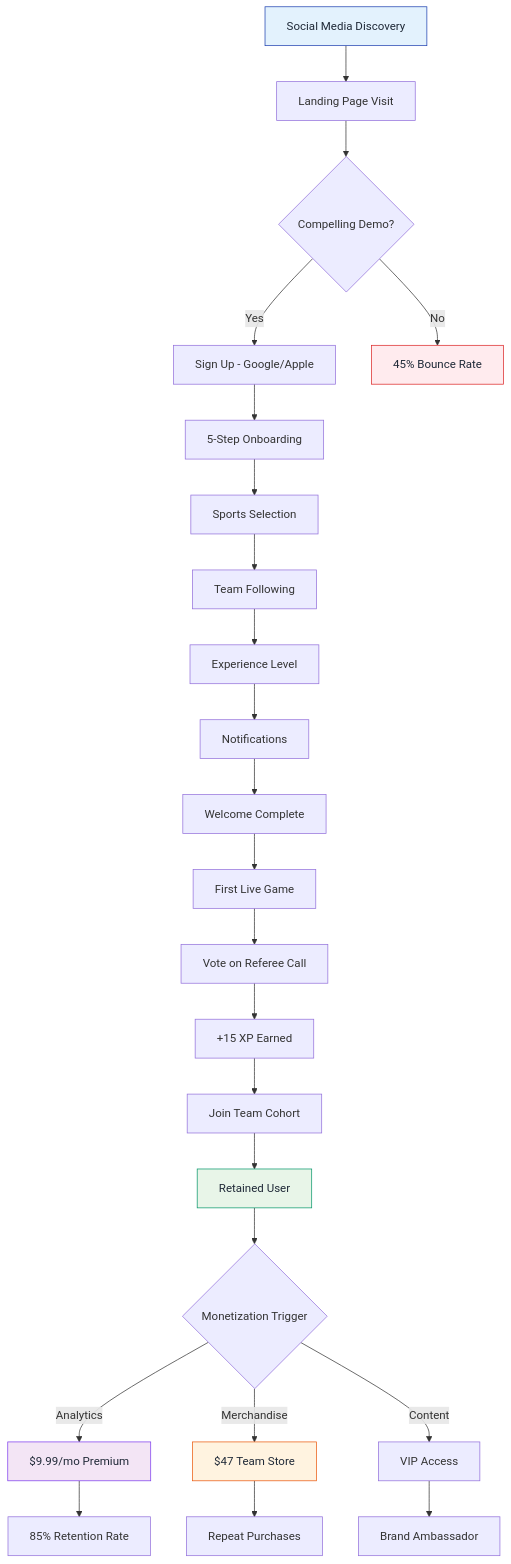
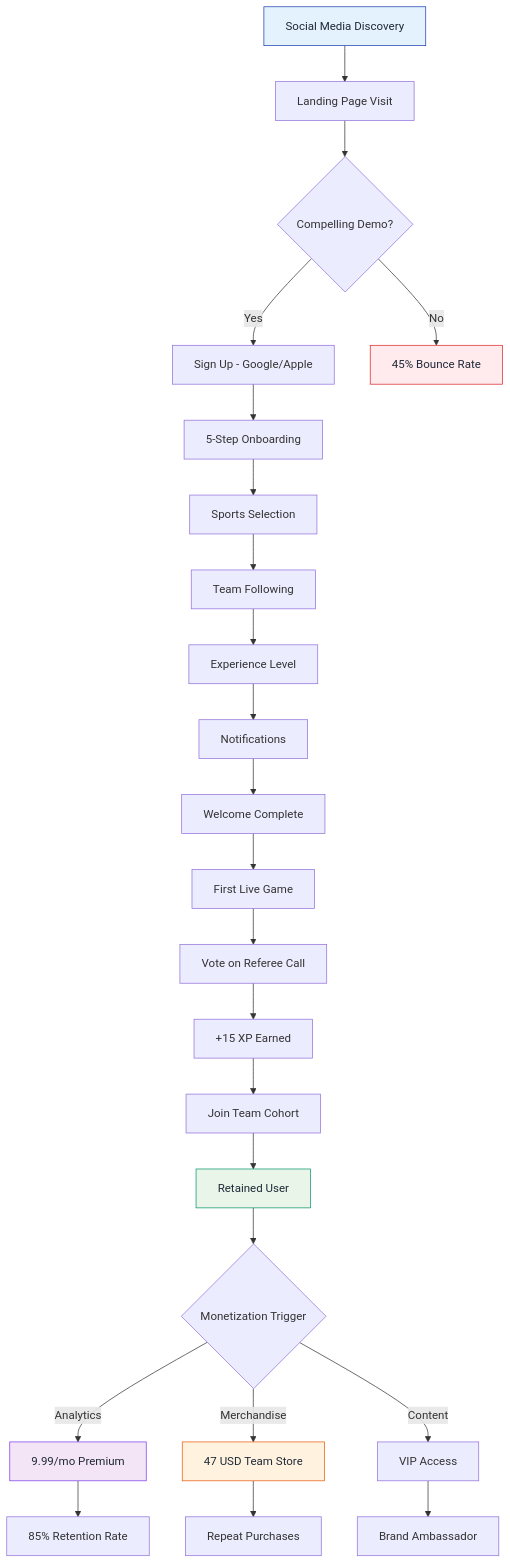
One commit to SkaFld-Ignite/ref-u-wireframes changed the first of 9 diagrams in docs/investor-flows.md. Above: the diagram before and after it, drawn with Mermaid. The commit also changed other lines of this file, not shown here.

Commit message:
FINAL FIX: Remove all dollar signs from Mermaid diagrams - completely resolve parse error

````diff
--- a/docs/investor-flows.md
+++ b/docs/investor-flows.md
@@ -13,35 +13,35 @@
 ```mermaid
 graph TD
     A[Social Media Discovery] --> B[Landing Page Visit]
     B --> C{Compelling Demo?}
     C -->|Yes| D[Sign Up - Google/Apple]
     C -->|No| X[45% Bounce Rate]
     
     D --> E[5-Step Onboarding]
     E --> F[Sports Selection]
     F --> G[Team Following]
     G --> H[Experience Level]
     H --> I[Notifications]
     I --> J[Welcome Complete]
     
     J --> K[First Live Game]
     K --> L[Vote on Referee Call]
     L --> M[+15 XP Earned]
     M --> N[Join Team Cohort]
     N --> O[Retained User]
     
     O --> P{Monetization Trigger}
-    P -->|Analytics| Q[$9.99/mo Premium]
-    P -->|Merchandise| R[$47 Team Store]
+    P -->|Analytics| Q[9.99/mo Premium]
+    P -->|Merchandise| R[47 USD Team Store]
     P -->|Content| S[VIP Access]
     
     Q --> T[85% Retention Rate]
     R --> U[Repeat Purchases]
     S --> V[Brand Ambassador]
     
     style A fill:#e3f2fd,stroke:#1e40af,color:#1f2937
     style O fill:#e8f5e8,stroke:#059669,color:#1f2937
     style Q fill:#f3e5f5,stroke:#7c3aed,color:#1f2937
     style R fill:#fff3e0,stroke:#ea580c,color:#1f2937
     style X fill:#ffebee,stroke:#dc2626,color:#1f2937
 ```
````
